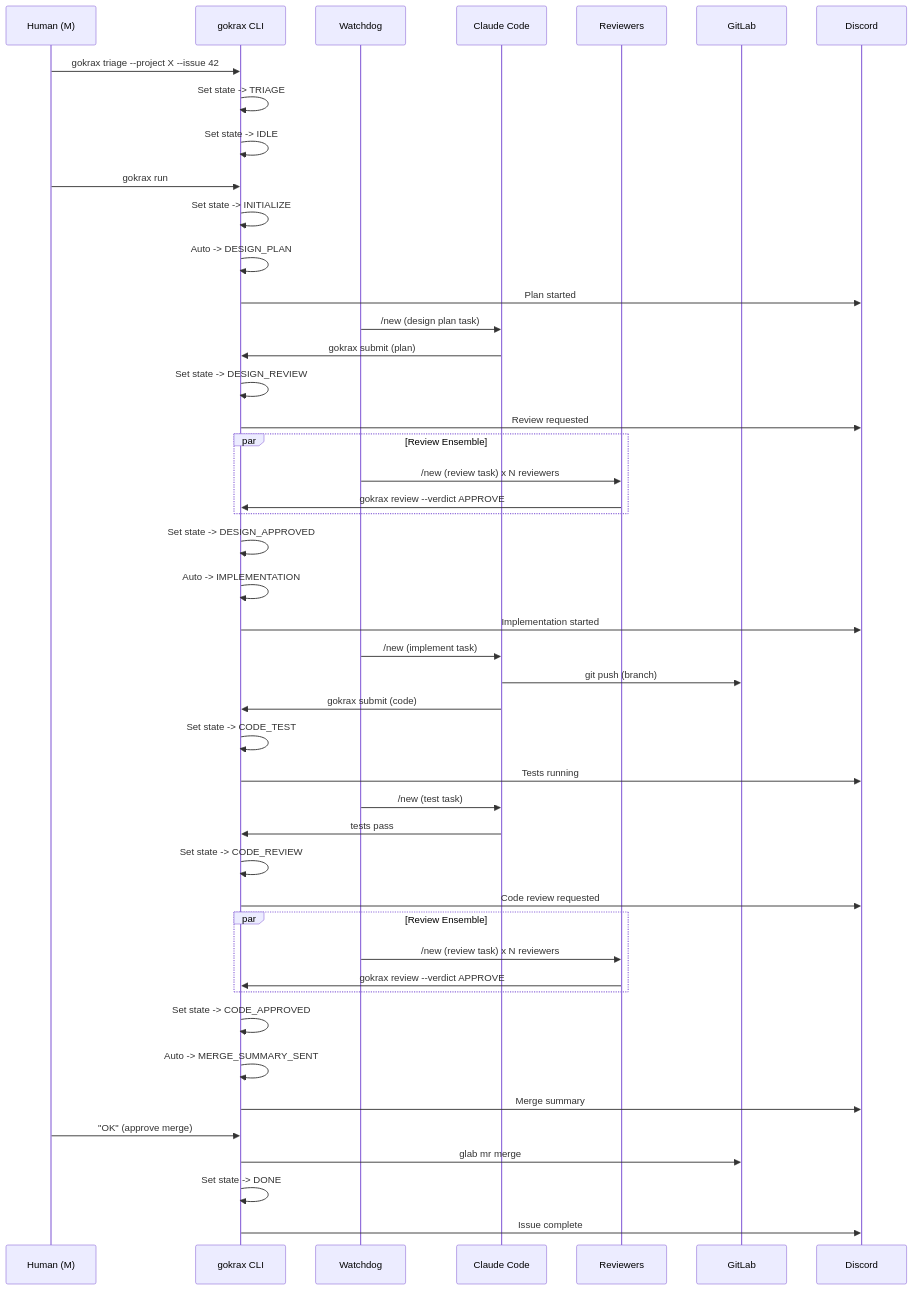
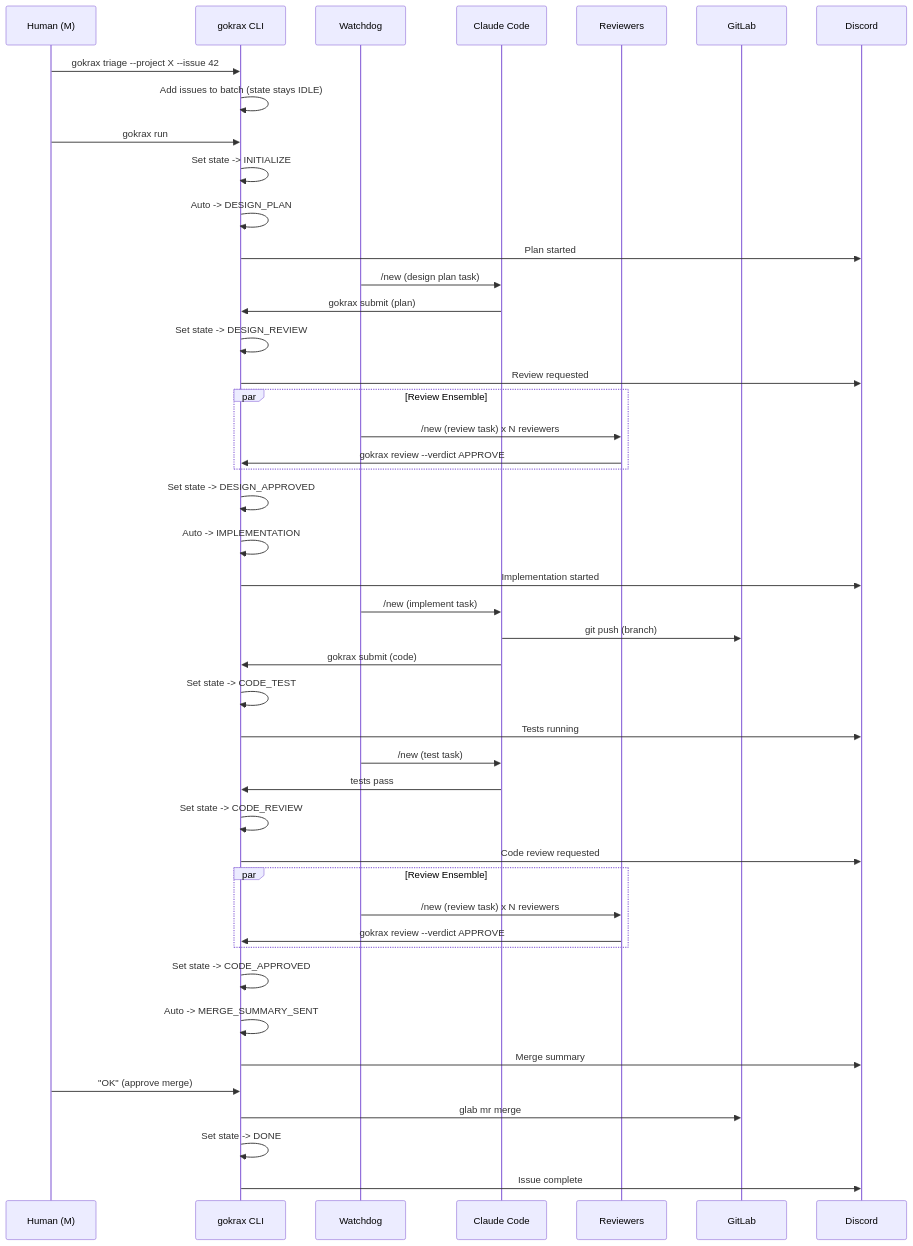
The fifth of 5 diagrams in docs/architecture.md (atakalive/gokrax), drawn with Mermaid before and after one commit. The commit also changed other lines of this file and 6 other files, not shown here.

````diff
--- a/docs/architecture.md
+++ b/docs/architecture.md
@@ -195,53 +192,52 @@
 ```mermaid
 sequenceDiagram
     participant M as Human (M)
     participant DB as gokrax CLI
     participant WD as Watchdog
     participant CC as Claude Code
     participant RV as Reviewers
     participant GL as GitLab
     participant DC as Discord
 
     M->>DB: gokrax triage --project X --issue 42
-    DB->>DB: Set state -> TRIAGE
-    DB->>DB: Set state -> IDLE
+    DB->>DB: Add issues to batch (state stays IDLE)
     M->>DB: gokrax run
     DB->>DB: Set state -> INITIALIZE
     DB->>DB: Auto -> DESIGN_PLAN
     DB->>DC: Plan started
     WD->>CC: /new (design plan task)
     CC->>DB: gokrax submit (plan)
     DB->>DB: Set state -> DESIGN_REVIEW
     DB->>DC: Review requested
 
     par Review Ensemble
         WD->>RV: /new (review task) x N reviewers
         RV->>DB: gokrax review --verdict APPROVE
     end
 
     DB->>DB: Set state -> DESIGN_APPROVED
     DB->>DB: Auto -> IMPLEMENTATION
     DB->>DC: Implementation started
     WD->>CC: /new (implement task)
     CC->>GL: git push (branch)
     CC->>DB: gokrax submit (code)
     DB->>DB: Set state -> CODE_TEST
     DB->>DC: Tests running
     WD->>CC: /new (test task)
     CC->>DB: tests pass
     DB->>DB: Set state -> CODE_REVIEW
     DB->>DC: Code review requested
 
     par Review Ensemble
         WD->>RV: /new (review task) x N reviewers
         RV->>DB: gokrax review --verdict APPROVE
     end
 
     DB->>DB: Set state -> CODE_APPROVED
     DB->>DB: Auto -> MERGE_SUMMARY_SENT
     DB->>DC: Merge summary
     M->>DB: "OK" (approve merge)
     DB->>GL: glab mr merge
     DB->>DB: Set state -> DONE
     DB->>DC: Issue complete
 ```
````
